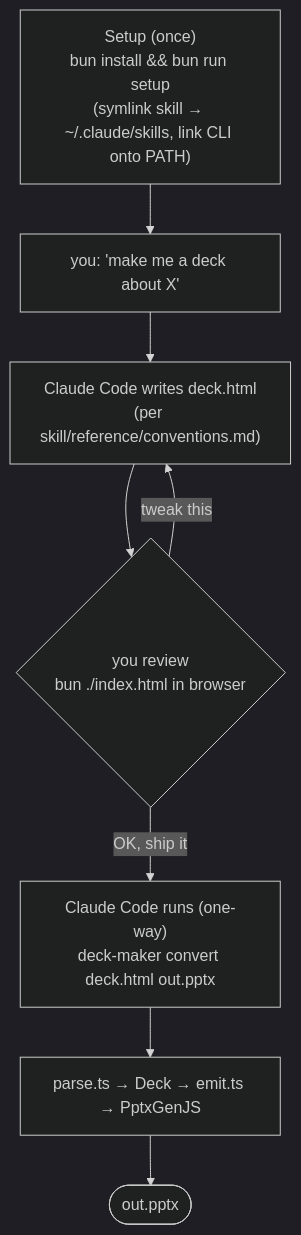
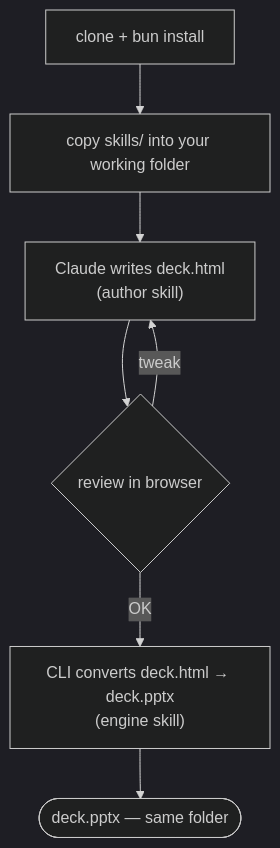
Before and after one commit to iteam1/deck-maker: the second of 2 diagrams in docs/design.md, drawn with Mermaid (dark theme). The commit also changed other lines of this file and 1 other file, not shown here.

First line of the commit message:
docs: simplify to skills/ + engine + cli model

````diff
--- a/docs/design.md
+++ b/docs/design.md
@@ -75,11 +57,9 @@
 ```mermaid
 flowchart TD
-    S["Setup (once)<br/>bun install && bun run setup<br/>(symlink skill → ~/.claude/skills, link CLI onto PATH)"]
-    S --> A1["you: 'make me a deck about X'"]
-    A1 --> W["Claude Code writes deck.html<br/>(per skill/reference/conventions.md)"]
-    W --> R{"you review<br/>bun ./index.html in browser"}
-    R -->|tweak this| W
-    R -->|OK, ship it| CV["Claude Code runs (one-way)<br/>deck-maker convert deck.html out.pptx"]
-    CV --> INT["parse.ts → Deck → emit.ts → PptxGenJS"]
-    INT --> O(["out.pptx"])
+    C1["clone + bun install"] --> C2["copy skills/ into your working folder"]
+    C2 --> W["Claude writes deck.html<br/>(author skill)"]
+    W --> R{"review in browser"}
+    R -->|tweak| W
+    R -->|OK| CV["CLI converts deck.html → deck.pptx<br/>(engine skill)"]
+    CV --> O(["deck.pptx — same folder"])
 ```
````
